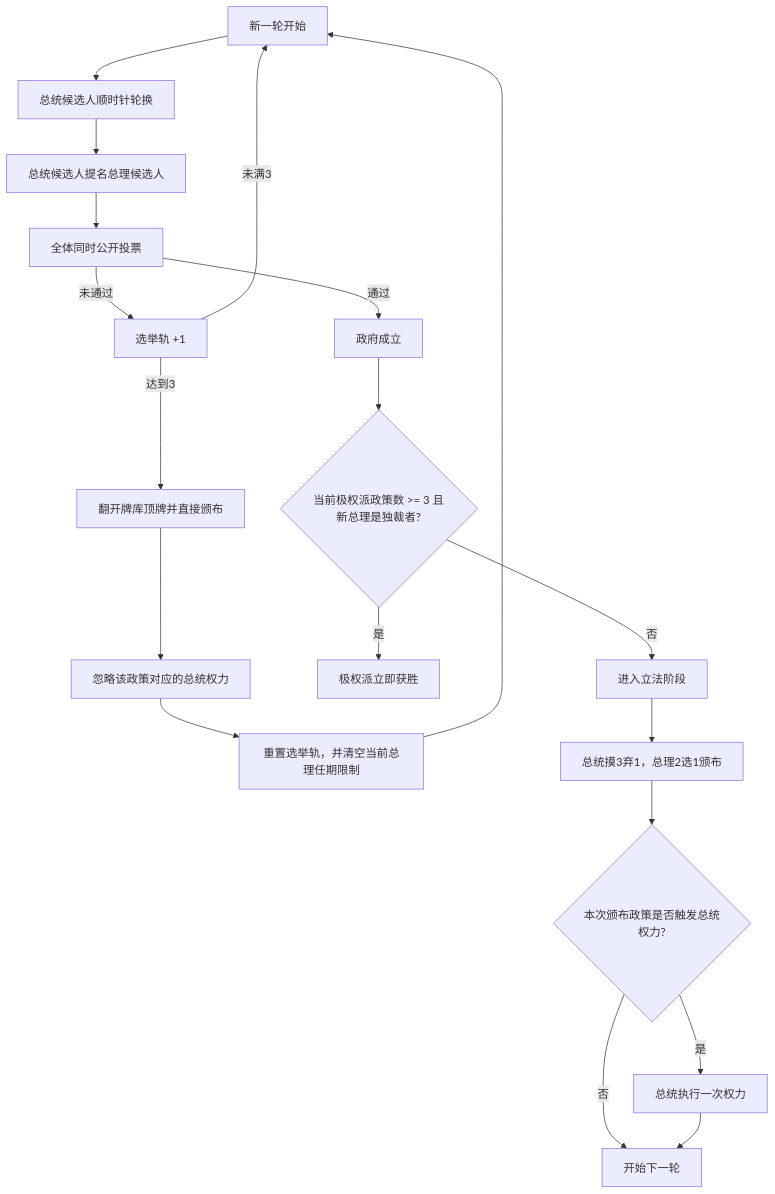
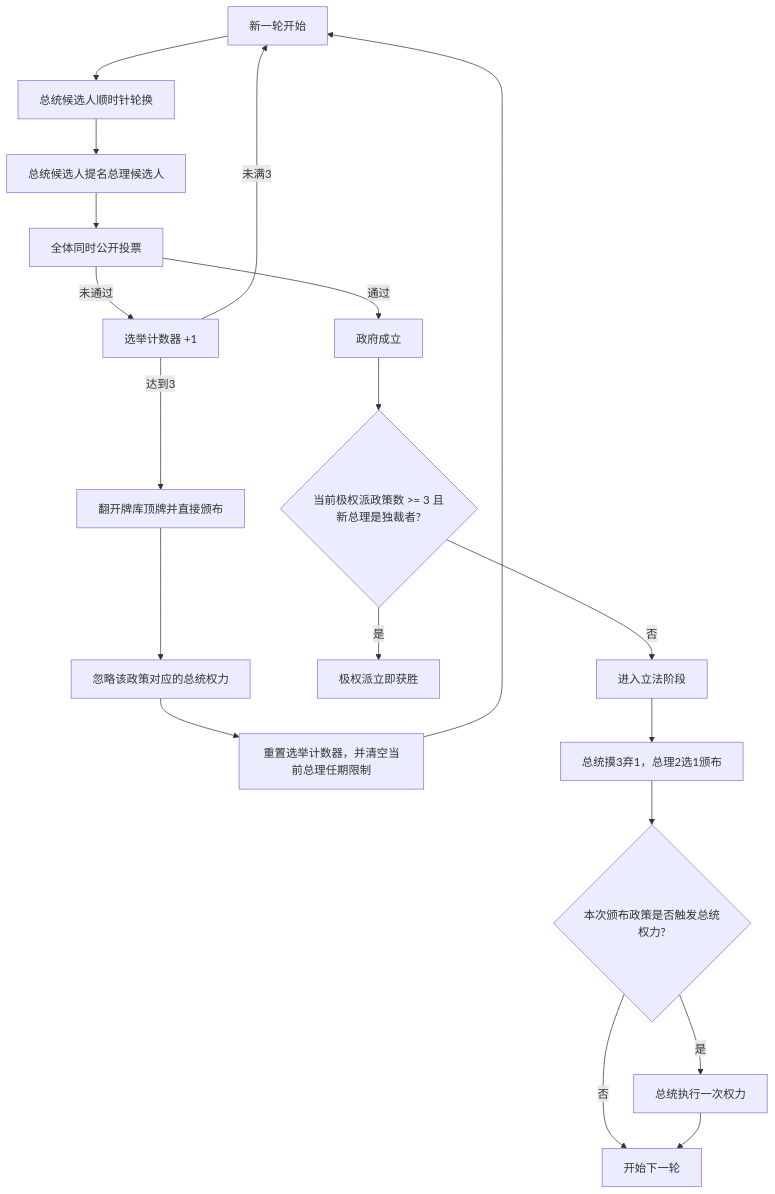
One commit to Superlumiliam/secret_hitler_wechat changed the diagram in docs/game_rules.md. Above: the diagram before and after it, drawn with Mermaid. The commit also changed other lines of this file and 10 other files, not shown here.

Commit message:
文档'选举轨'改成更易懂的'选举计数器'

````diff
--- a/docs/game_rules.md
+++ b/docs/game_rules.md
@@ -168,21 +168,21 @@
 ```mermaid
 flowchart TD
   A["新一轮开始"] --> B["总统候选人顺时针轮换"]
   B --> C["总统候选人提名总理候选人"]
   C --> D["全体同时公开投票"]
-  D -->|未通过| E["选举轨 +1"]
+  D -->|未通过| E["选举计数器 +1"]
   E -->|未满3| A
   E -->|达到3| F["翻开牌库顶牌并直接颁布"]
   F --> G["忽略该政策对应的总统权力"]
-  G --> H["重置选举轨，并清空当前总理任期限制"]
+  G --> H["重置选举计数器，并清空当前总理任期限制"]
   H --> A
   D -->|通过| I["政府成立"]
   I --> J{"当前极权派政策数 >= 3 且新总理是独裁者?"}
   J -->|是| K["极权派立即获胜"]
   J -->|否| L["进入立法阶段"]
   L --> M["总统摸3弃1，总理2选1颁布"]
   M --> N{"本次颁布政策是否触发总统权力?"}
   N -->|否| O["开始下一轮"]
   N -->|是| P["总统执行一次权力"]
   P --> O
 ```
````
